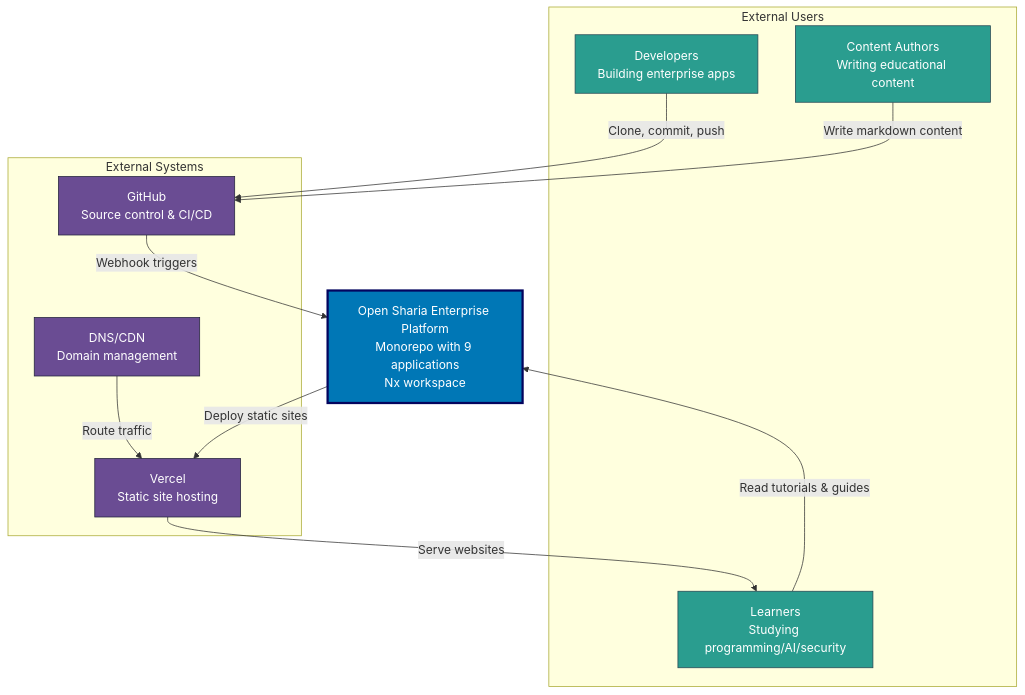
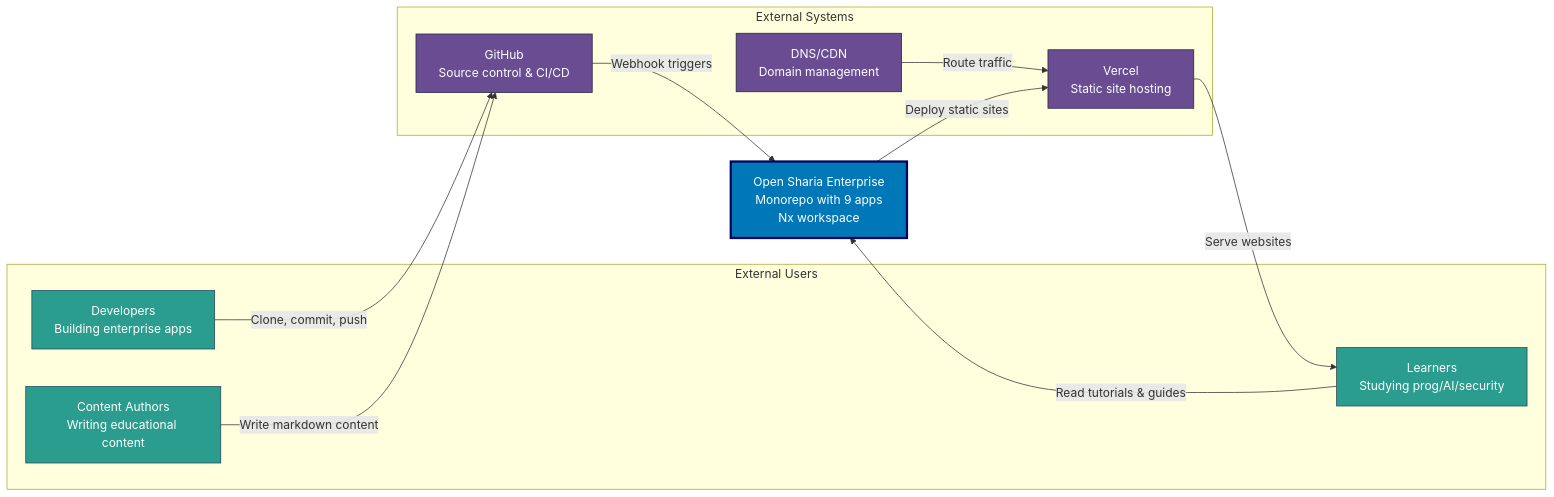
The diagram in docs/reference/system-architecture/README.md (wahidyankf/ose-primer), drawn with Mermaid before and after one commit. The commit also changed 14 other files, not shown here.

Commit message:
fix(docs): fix mermaid violations in remaining docs (batch 10/10)

````diff
--- a/docs/reference/system-architecture/README.md
+++ b/docs/reference/system-architecture/README.md
@@ -37,33 +37,33 @@
 ```mermaid
-graph TB
+graph LR
     subgraph "External Users"
         DEVS[Developers<br/>Building enterprise apps]
         AUTHORS[Content Authors<br/>Writing educational content]
-        LEARNERS[Learners<br/>Studying programming/AI/security]
+        LEARNERS[Learners<br/>Studying prog/AI/security]
     end
 
-    OSE_PLATFORM[Open Sharia Enterprise Platform<br/>Monorepo with 9 applications<br/>Nx workspace]
+    OSE_PLATFORM[Open Sharia Enterprise<br/>Monorepo with 9 apps<br/>Nx workspace]
 
     subgraph "External Systems"
         GITHUB[GitHub<br/>Source control & CI/CD]
         VERCEL[Vercel<br/>Static site hosting]
         DNS[DNS/CDN<br/>Domain management]
     end
 
     DEVS -->|Clone, commit, push| GITHUB
     AUTHORS -->|Write markdown content| GITHUB
     LEARNERS -->|Read tutorials & guides| OSE_PLATFORM
 
     GITHUB -->|Webhook triggers| OSE_PLATFORM
     OSE_PLATFORM -->|Deploy static sites| VERCEL
     VERCEL -->|Serve websites| LEARNERS
     DNS -->|Route traffic| VERCEL
 
     style OSE_PLATFORM fill:#0077b6,stroke:#03045e,color:#ffffff,stroke-width:3px
     style DEVS fill:#2a9d8f,stroke:#264653,color:#ffffff
     style AUTHORS fill:#2a9d8f,stroke:#264653,color:#ffffff
     style LEARNERS fill:#2a9d8f,stroke:#264653,color:#ffffff
     style GITHUB fill:#6a4c93,stroke:#22223b,color:#ffffff
     style VERCEL fill:#6a4c93,stroke:#22223b,color:#ffffff
     style DNS fill:#6a4c93,stroke:#22223b,color:#ffffff
 ```
````
